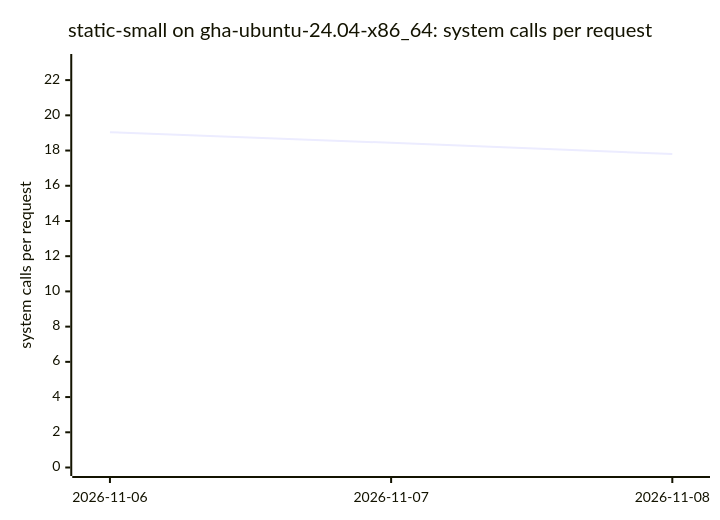
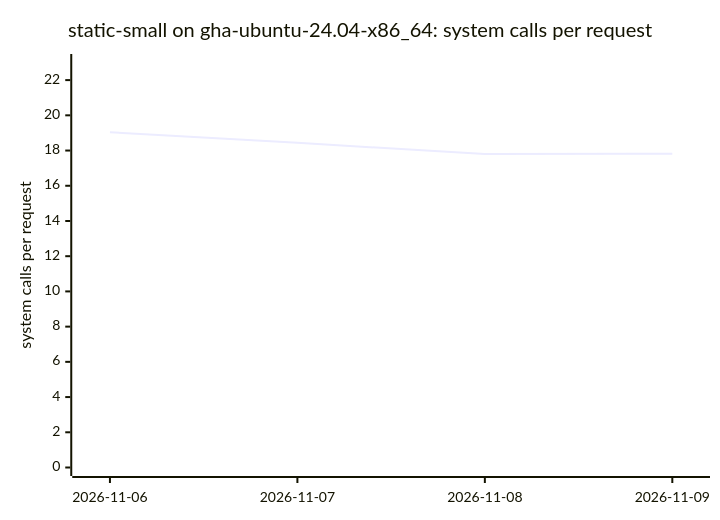
One commit to ThePixelPilgrim/durchlauferhitzer changed the tenth of 18 diagrams in BENCHMARKS.md. Above: the diagram before and after it, drawn with Mermaid. The commit also changed other lines of this file and 1 other file, not shown here.

````diff
--- a/BENCHMARKS.md
+++ b/BENCHMARKS.md
@@ -107,7 +118,7 @@
 ```mermaid
 xychart-beta
   title "static-small on gha-ubuntu-24.04-x86_64: system calls per request"
-  x-axis ["2026-11-06", "2026-11-07", "2026-11-08"]
+  x-axis ["2026-11-06", "2026-11-07", "2026-11-08", "2026-11-09"]
   y-axis "system calls per request" 0 --> 23
-  line [19.04, 18.44, 17.80]
+  line [19.04, 18.44, 17.80, 17.82]
 ```
````
